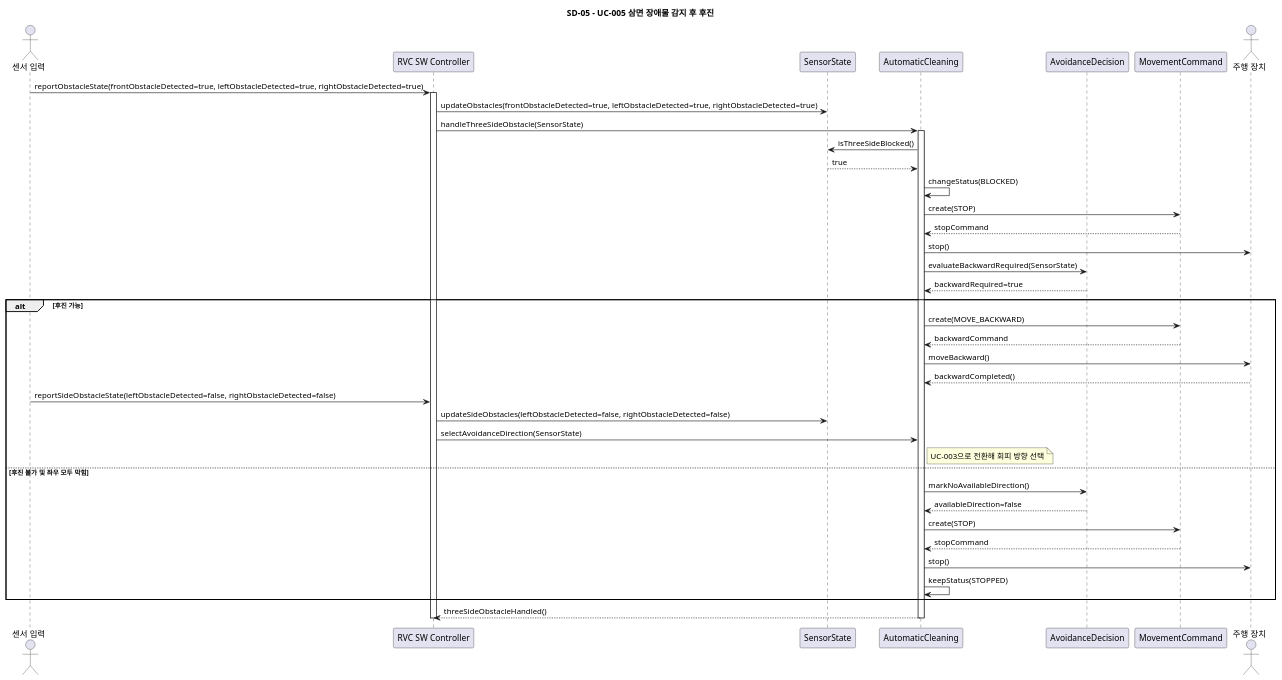
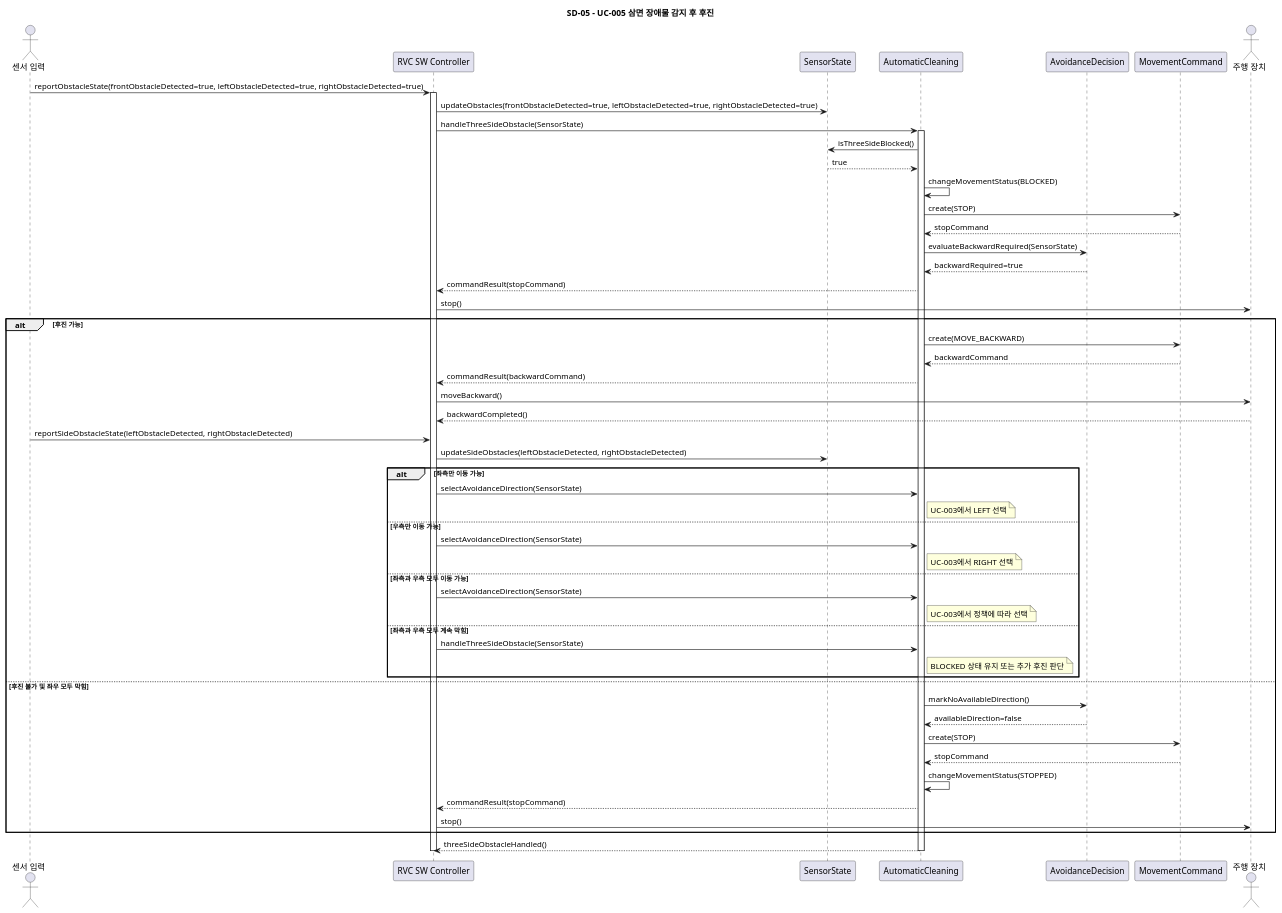
The diagram in docs/sd/SD-05.puml (OOAD-Team3/Robot-Vacuum-Cleaner-AI), drawn with PlantUML before and after one commit. The commit also changed other lines of this file and 9 other files, not shown here.

```diff
--- a/docs/sd/SD-05.puml
+++ b/docs/sd/SD-05.puml
@@ -6,47 +6,61 @@
 @startuml SD_05_UC005_Backward_On_Three_Side_Obstacle
 title SD-05 - UC-005 삼면 장애물 감지 후 후진
 
 actor "센서 입력" as Sensor
 participant "RVC SW Controller" as Controller
 participant "SensorState" as SensorState
 participant "AutomaticCleaning" as Cleaning
 participant "AvoidanceDecision" as AvoidanceDecision
 participant "MovementCommand" as MovementCommand
 actor "주행 장치" as Drive
 
 Sensor -> Controller: reportObstacleState(frontObstacleDetected=true, leftObstacleDetected=true, rightObstacleDetected=true)
 activate Controller
 Controller -> SensorState: updateObstacles(frontObstacleDetected=true, leftObstacleDetected=true, rightObstacleDetected=true)
 Controller -> Cleaning: handleThreeSideObstacle(SensorState)
 activate Cleaning
 Cleaning -> SensorState: isThreeSideBlocked()
 SensorState --> Cleaning: true
-Cleaning -> Cleaning: changeStatus(BLOCKED)
+Cleaning -> Cleaning: changeMovementStatus(BLOCKED)
 Cleaning -> MovementCommand: create(STOP)
 MovementCommand --> Cleaning: stopCommand
-Cleaning -> Drive: stop()
 Cleaning -> AvoidanceDecision: evaluateBackwardRequired(SensorState)
 AvoidanceDecision --> Cleaning: backwardRequired=true
+Cleaning --> Controller: commandResult(stopCommand)
+Controller -> Drive: stop()
 
 alt 후진 가능
     Cleaning -> MovementCommand: create(MOVE_BACKWARD)
     MovementCommand --> Cleaning: backwardCommand
-    Cleaning -> Drive: moveBackward()
-    Drive --> Cleaning: backwardCompleted()
-    Sensor -> Controller: reportSideObstacleState(leftObstacleDetected=false, rightObstacleDetected=false)
-    Controller -> SensorState: updateSideObstacles(leftObstacleDetected=false, rightObstacleDetected=false)
-    Controller -> Cleaning: selectAvoidanceDirection(SensorState)
-    note right of Cleaning: UC-003으로 전환해 회피 방향 선택
+    Cleaning --> Controller: commandResult(backwardCommand)
+    Controller -> Drive: moveBackward()
+    Drive --> Controller: backwardCompleted()
+    Sensor -> Controller: reportSideObstacleState(leftObstacleDetected, rightObstacleDetected)
+    Controller -> SensorState: updateSideObstacles(leftObstacleDetected, rightObstacleDetected)
+    alt 좌측만 이동 가능
+        Controller -> Cleaning: selectAvoidanceDirection(SensorState)
+        note right of Cleaning: UC-003에서 LEFT 선택
+    else 우측만 이동 가능
+        Controller -> Cleaning: selectAvoidanceDirection(SensorState)
+        note right of Cleaning: UC-003에서 RIGHT 선택
+    else 좌측과 우측 모두 이동 가능
+        Controller -> Cleaning: selectAvoidanceDirection(SensorState)
+        note right of Cleaning: UC-003에서 정책에 따라 선택
+    else 좌측과 우측 모두 계속 막힘
+        Controller -> Cleaning: handleThreeSideObstacle(SensorState)
+        note right of Cleaning: BLOCKED 상태 유지 또는 추가 후진 판단
+    end
 else 후진 불가 및 좌우 모두 막힘
     Cleaning -> AvoidanceDecision: markNoAvailableDirection()
     AvoidanceDecision --> Cleaning: availableDirection=false
     Cleaning -> MovementCommand: create(STOP)
     MovementCommand --> Cleaning: stopCommand
-    Cleaning -> Drive: stop()
-    Cleaning -> Cleaning: keepStatus(STOPPED)
+    Cleaning -> Cleaning: changeMovementStatus(STOPPED)
+    Cleaning --> Controller: commandResult(stopCommand)
+    Controller -> Drive: stop()
 end
 
 Cleaning --> Controller: threeSideObstacleHandled()
 deactivate Cleaning
 deactivate Controller
 @enduml
```
